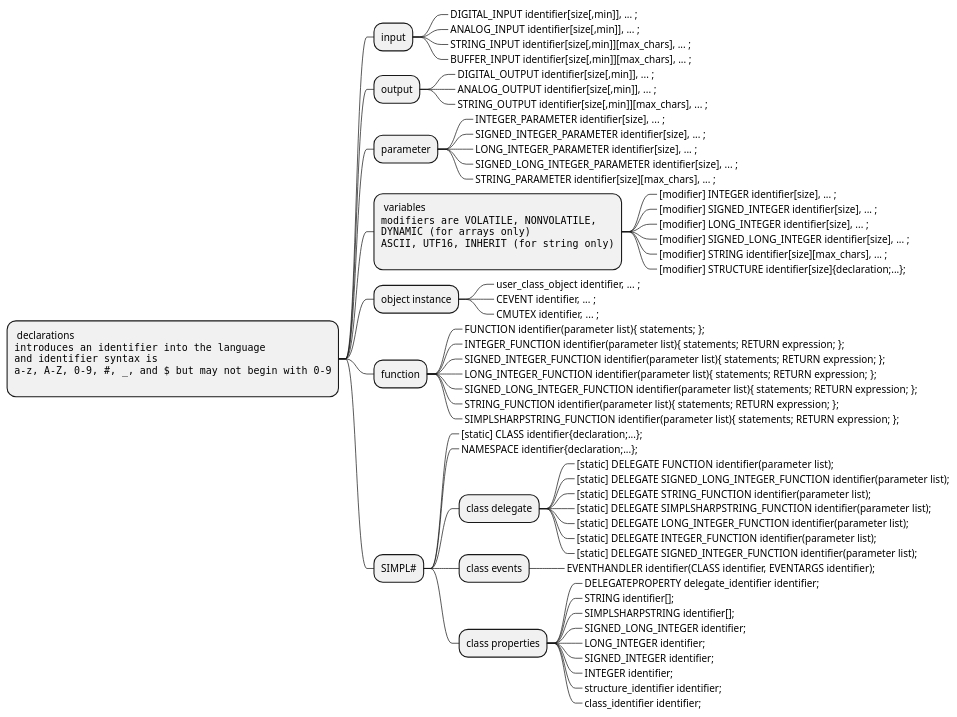
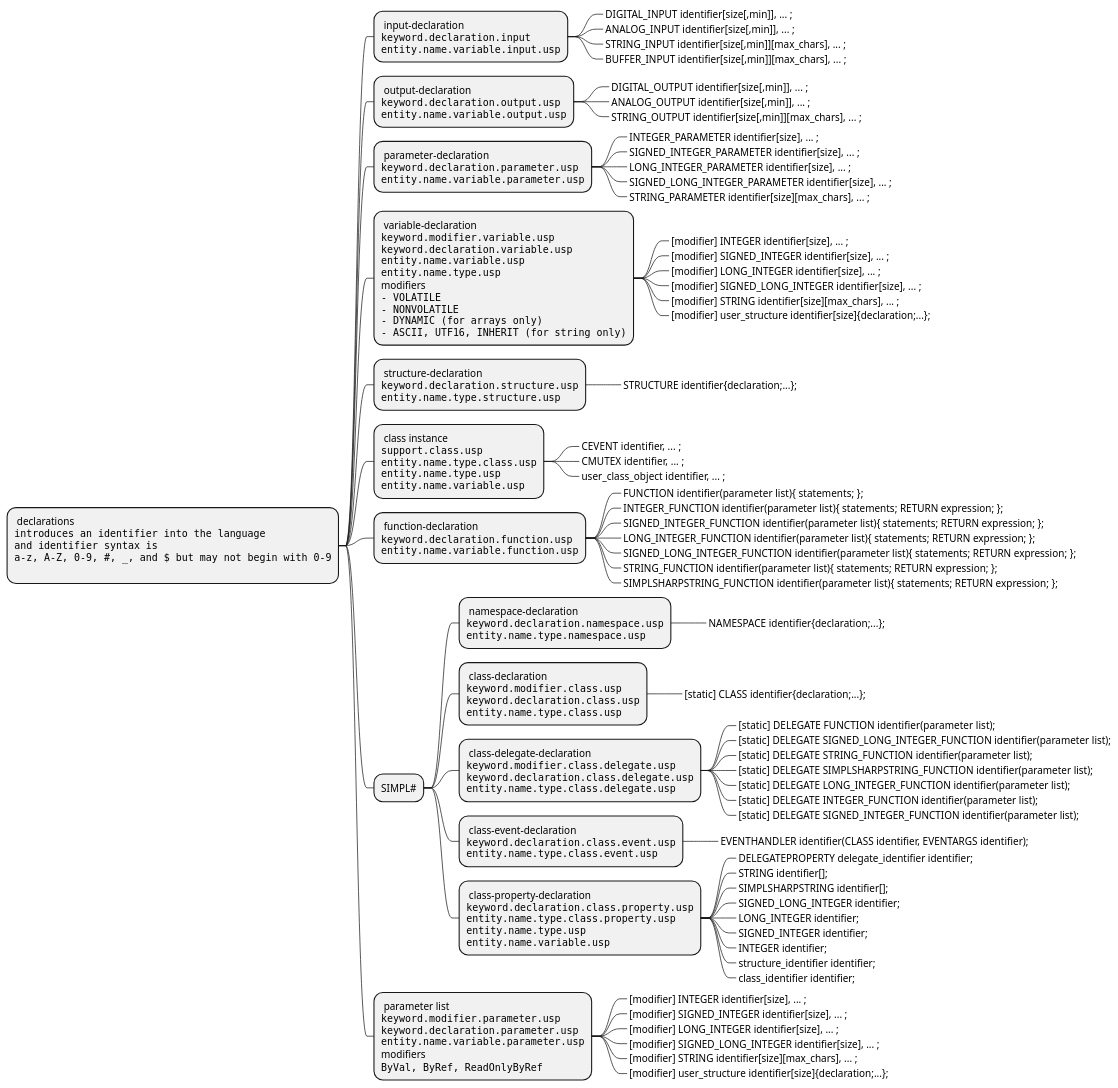
The diagram in csharp-syntax-mindmap/declarations.puml (alvaroyurrita/vscode-crestron-splus), drawn with PlantUML before and after one commit. The commit also changed 4 other files, not shown here.

```diff
--- a/csharp-syntax-mindmap/declarations.puml
+++ b/csharp-syntax-mindmap/declarations.puml
@@ -1,72 +1,150 @@
 @startmindmap
 *: declarations
 <code>
 introduces an identifier into the language
 and identifier syntax is
 a-z, A-Z, 0-9, #, _, and $ but may not begin with 0-9
 </code>
 ;
-++ input
-+++_ DIGITAL_INPUT identifier[size[,min]], ... ;
-+++_ ANALOG_INPUT identifier[size[,min]], ... ;
-+++_ STRING_INPUT identifier[size[,min]][max_chars], ... ;
-+++_ BUFFER_INPUT identifier[size[,min]][max_chars], ... ;
-++ output
-+++_ DIGITAL_OUTPUT identifier[size[,min]], ... ;
-+++_ ANALOG_OUTPUT identifier[size[,min]], ... ;
-+++_ STRING_OUTPUT identifier[size[,min]][max_chars], ... ;
-++ parameter
-+++_ INTEGER_PARAMETER identifier[size], ... ;
-+++_ SIGNED_INTEGER_PARAMETER identifier[size], ... ;
-+++_ LONG_INTEGER_PARAMETER identifier[size], ... ;
-+++_ SIGNED_LONG_INTEGER_PARAMETER identifier[size], ... ;
-+++_ STRING_PARAMETER identifier[size][max_chars], ... ;
-**: variables
+**: input-declaration
 <code>
-modifiers are VOLATILE, NONVOLATILE,
-DYNAMIC (for arrays only)
-ASCII, UTF16, INHERIT (for string only)
+keyword.declaration.input
+entity.name.variable.input.usp
+</code>;
+***_ DIGITAL_INPUT identifier[size[,min]], ... ;
+***_ ANALOG_INPUT identifier[size[,min]], ... ;
+***_ STRING_INPUT identifier[size[,min]][max_chars], ... ;
+***_ BUFFER_INPUT identifier[size[,min]][max_chars], ... ;
+**: output-declaration
+<code>
+keyword.declaration.output.usp
+entity.name.variable.output.usp
+</code>;
+***_ DIGITAL_OUTPUT identifier[size[,min]], ... ;
+***_ ANALOG_OUTPUT identifier[size[,min]], ... ;
+***_ STRING_OUTPUT identifier[size[,min]][max_chars], ... ;
+**: parameter-declaration
+<code>
+keyword.declaration.parameter.usp
+entity.name.variable.parameter.usp
+</code>;
+***_ INTEGER_PARAMETER identifier[size], ... ;
+***_ SIGNED_INTEGER_PARAMETER identifier[size], ... ;
+***_ LONG_INTEGER_PARAMETER identifier[size], ... ;
+***_ SIGNED_LONG_INTEGER_PARAMETER identifier[size], ... ;
+***_ STRING_PARAMETER identifier[size][max_chars], ... ;
+**: variable-declaration
+<code>
+keyword.modifier.variable.usp
+keyword.declaration.variable.usp
+entity.name.variable.usp
+entity.name.type.usp
 </code>
-;
-+++_ [modifier] INTEGER identifier[size], ... ;
-+++_ [modifier] SIGNED_INTEGER identifier[size], ... ;
-+++_ [modifier] LONG_INTEGER identifier[size], ... ;
-+++_ [modifier] SIGNED_LONG_INTEGER identifier[size], ... ;
-+++_ [modifier] STRING identifier[size][max_chars], ... ;
-+++_ [modifier] STRUCTURE identifier[size]{declaration;...};
-++ object instance
-+++_ user_class_object identifier, ... ;
-+++_ CEVENT identifier, ... ;
-+++_ CMUTEX identifier, ... ;
-++ function
-+++_ FUNCTION identifier(parameter list){ statements;  };
-+++_ INTEGER_FUNCTION identifier(parameter list){ statements; RETURN expression; };
-+++_ SIGNED_INTEGER_FUNCTION identifier(parameter list){ statements; RETURN expression; };
-+++_ LONG_INTEGER_FUNCTION identifier(parameter list){ statements; RETURN expression; };
-+++_ SIGNED_LONG_INTEGER_FUNCTION identifier(parameter list){ statements; RETURN expression; };
-+++_ STRING_FUNCTION identifier(parameter list){ statements; RETURN expression; };
-+++_ SIMPLSHARPSTRING_FUNCTION identifier(parameter list){ statements; RETURN expression; };
-++ SIMPL#
-+++_ [static] CLASS identifier{declaration;...};
-+++_ NAMESPACE identifier{declaration;...};
-+++ class delegate
-++++_ [static] DELEGATE FUNCTION  identifier(parameter list);
-++++_ [static] DELEGATE SIGNED_LONG_INTEGER_FUNCTION identifier(parameter list);
-++++_ [static] DELEGATE STRING_FUNCTION identifier(parameter list);
-++++_ [static] DELEGATE SIMPLSHARPSTRING_FUNCTION identifier(parameter list);
-++++_ [static] DELEGATE LONG_INTEGER_FUNCTION identifier(parameter list);
-++++_ [static] DELEGATE INTEGER_FUNCTION identifier(parameter list);
-++++_ [static] DELEGATE SIGNED_INTEGER_FUNCTION identifier(parameter list);
-+++ class events
-++++_ EVENTHANDLER identifier(CLASS identifier, EVENTARGS identifier);
-+++ class properties
-++++_ DELEGATEPROPERTY delegate_identifier identifier;
-++++_ STRING identifier[];
-++++_ SIMPLSHARPSTRING identifier[];
-++++_ SIGNED_LONG_INTEGER identifier;
-++++_ LONG_INTEGER identifier;
-++++_ SIGNED_INTEGER identifier;
-++++_ INTEGER identifier;
-++++_ structure_identifier identifier;
-++++_ class_identifier identifier;
+modifiers
+<code>
+- VOLATILE
+- NONVOLATILE
+- DYNAMIC (for arrays only)
+- ASCII, UTF16, INHERIT (for string only)
+</code>;
+***_ [modifier] INTEGER identifier[size], ... ;
+***_ [modifier] SIGNED_INTEGER identifier[size], ... ;
+***_ [modifier] LONG_INTEGER identifier[size], ... ;
+***_ [modifier] SIGNED_LONG_INTEGER identifier[size], ... ;
+***_ [modifier] STRING identifier[size][max_chars], ... ;
+***_ [modifier] user_structure identifier[size]{declaration;...};
+**: structure-declaration
+<code>
+keyword.declaration.structure.usp
+entity.name.type.structure.usp
+</code>;
+***_ STRUCTURE identifier{declaration;...};
+**: class instance
+<code>
+support.class.usp
+entity.name.type.class.usp
+entity.name.type.usp
+entity.name.variable.usp
+</code>;
+***_ CEVENT identifier, ... ;
+***_ CMUTEX identifier, ... ;
+***_ user_class_object identifier, ... ;
+**: function-declaration
+<code>
+keyword.declaration.function.usp
+entity.name.variable.function.usp
+</code>;
+***_ FUNCTION identifier(parameter list){ statements;  };
+***_ INTEGER_FUNCTION identifier(parameter list){ statements; RETURN expression; };
+***_ SIGNED_INTEGER_FUNCTION identifier(parameter list){ statements; RETURN expression; };
+***_ LONG_INTEGER_FUNCTION identifier(parameter list){ statements; RETURN expression; };
+***_ SIGNED_LONG_INTEGER_FUNCTION identifier(parameter list){ statements; RETURN expression; };
+***_ STRING_FUNCTION identifier(parameter list){ statements; RETURN expression; };
+***_ SIMPLSHARPSTRING_FUNCTION identifier(parameter list){ statements; RETURN expression; };
+** SIMPL#
+***: namespace-declaration
+<code>
+keyword.declaration.namespace.usp
+entity.name.type.namespace.usp
+</code>;
+****_ NAMESPACE identifier{declaration;...};
+***: class-declaration
+<code>
+keyword.modifier.class.usp
+keyword.declaration.class.usp
+entity.name.type.class.usp
+</code>;
+****_ [static] CLASS identifier{declaration;...};
+***: class-delegate-declaration
+<code>
+keyword.modifier.class.delegate.usp
+keyword.declaration.class.delegate.usp
+entity.name.type.class.delegate.usp
+</code>;
+****_ [static] DELEGATE FUNCTION  identifier(parameter list);
+****_ [static] DELEGATE SIGNED_LONG_INTEGER_FUNCTION identifier(parameter list);
+****_ [static] DELEGATE STRING_FUNCTION identifier(parameter list);
+****_ [static] DELEGATE SIMPLSHARPSTRING_FUNCTION identifier(parameter list);
+****_ [static] DELEGATE LONG_INTEGER_FUNCTION identifier(parameter list);
+****_ [static] DELEGATE INTEGER_FUNCTION identifier(parameter list);
+****_ [static] DELEGATE SIGNED_INTEGER_FUNCTION identifier(parameter list);
+***: class-event-declaration
+<code>
+keyword.declaration.class.event.usp
+entity.name.type.class.event.usp
+</code>;
+****_ EVENTHANDLER identifier(CLASS identifier, EVENTARGS identifier);
+***: class-property-declaration
+<code>
+keyword.declaration.class.property.usp
+entity.name.type.class.property.usp
+entity.name.type.usp
+entity.name.variable.usp
+</code>;
+****_ DELEGATEPROPERTY delegate_identifier identifier;
+****_ STRING identifier[];
+****_ SIMPLSHARPSTRING identifier[];
+****_ SIGNED_LONG_INTEGER identifier;
+****_ LONG_INTEGER identifier;
+****_ SIGNED_INTEGER identifier;
+****_ INTEGER identifier;
+****_ structure_identifier identifier;
+****_ class_identifier identifier;
+**: parameter list
+<code>
+keyword.modifier.parameter.usp
+keyword.declaration.parameter.usp
+entity.name.variable.parameter.usp
+</code>
+modifiers
+<code>
+ByVal, ByRef, ReadOnlyByRef
+</code>;
+***_ [modifier] INTEGER identifier[size], ... ;
+***_ [modifier] SIGNED_INTEGER identifier[size], ... ;
+***_ [modifier] LONG_INTEGER identifier[size], ... ;
+***_ [modifier] SIGNED_LONG_INTEGER identifier[size], ... ;
+***_ [modifier] STRING identifier[size][max_chars], ... ;
+***_ [modifier] user_structure identifier[size]{declaration;...};
+
 @endmindmap
```
